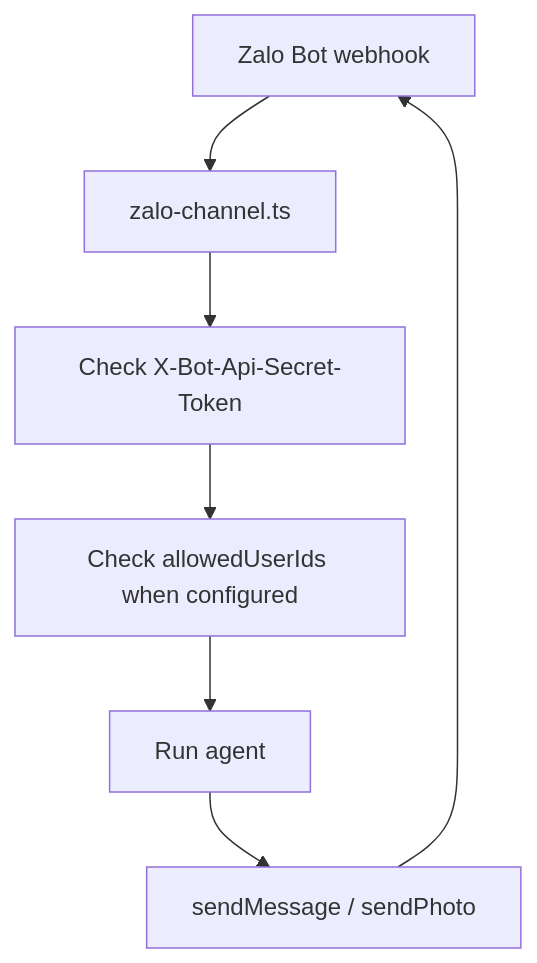
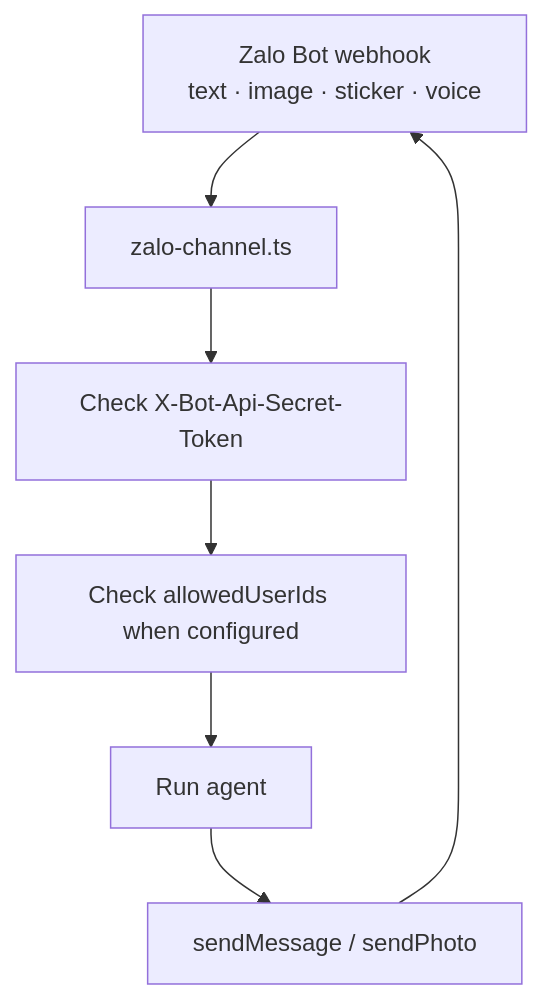
One commit to beeblastco/broods changed the diagram in apps/docs/docs/channels/zalo.md. Above: the diagram before and after it, drawn with Mermaid. The commit also changed other lines of this file and 4 other files, not shown here.

First line of the commit message:
feat(core): accept Zalo images, stickers, and voice notes

````diff
--- a/apps/docs/docs/channels/zalo.md
+++ b/apps/docs/docs/channels/zalo.md
@@ -42,9 +42,9 @@
 ```mermaid
 flowchart TD
-  Zalo["Zalo Bot webhook"] --> Adapter["zalo-channel.ts"]
+  Zalo["Zalo Bot webhook<br/>text · image · sticker · voice"] --> Adapter["zalo-channel.ts"]
   Adapter --> Auth["Check X-Bot-Api-Secret-Token"]
   Auth --> Allow["Check allowedUserIds when configured"]
   Allow --> Agent["Run agent"]
   Agent --> Reply["sendMessage / sendPhoto"]
   Reply --> Zalo
 ```
````
